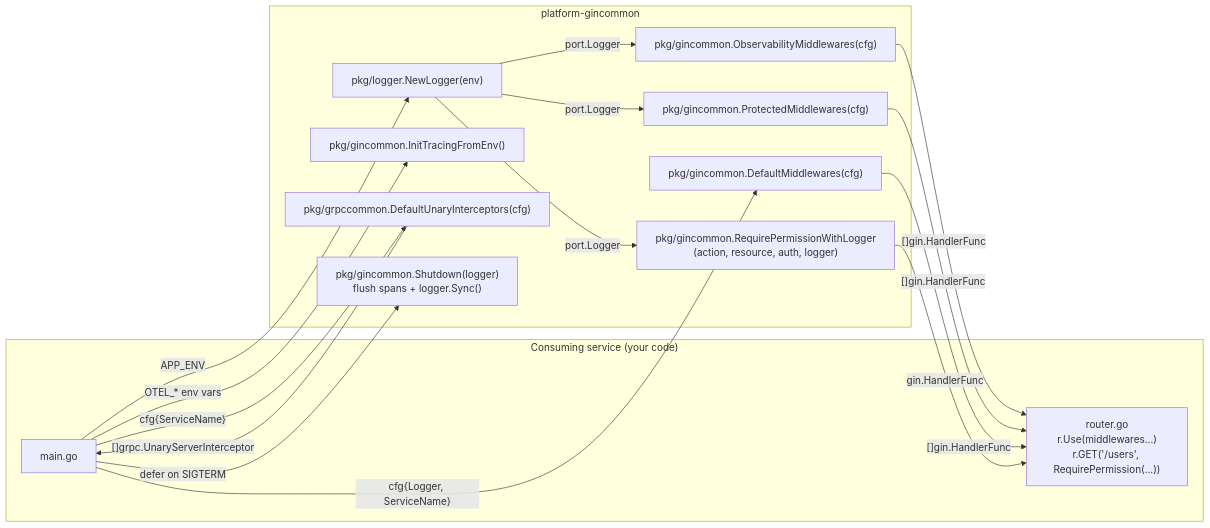
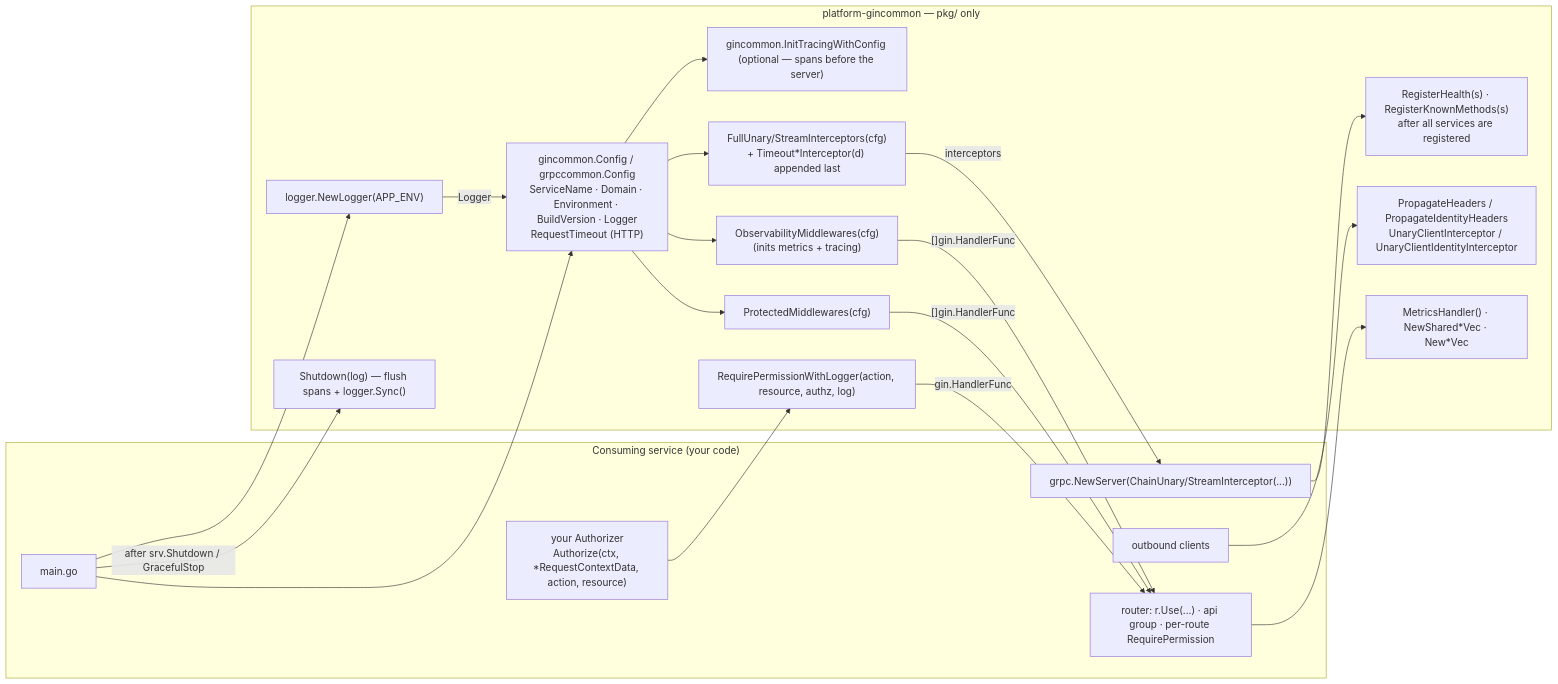
Diagram 14 of 15 in ARCHITECTURE.md (BCBP-SOLUTIONS-FZC-LLC/platform-gincommon), drawn with Mermaid before and after one commit. The commit also changed other lines of this file and 198 other files, not shown here.

First line of the commit message:
feat!: v1.4.0 — Enterprise Platform Observability Standard + production hardening (#30)

````diff
--- a/ARCHITECTURE.md
+++ b/ARCHITECTURE.md
@@ -577,32 +836,41 @@
 ```mermaid
 graph LR
-    subgraph service["Consuming service (your code)"]
+    subgraph svc["Consuming service (your code)"]
         main["main.go"]
-        routes["router.go<br/>r.Use(middlewares...)<br/>r.GET('/users', RequirePermission(...))"]
+        routes["router: r.Use(...) · api group · per-route RequirePermission"]
+        grpcsrv["grpc.NewServer(ChainUnary/StreamInterceptor(...))"]
+        authz["your Authorizer<br/>Authorize(ctx, *RequestContextData, action, resource)"]
+        out["outbound clients"]
     end
 
-    subgraph lib["platform-gincommon"]
-        logger_new["pkg/logger.NewLogger(env)"]
-        init_tr["pkg/gincommon.InitTracingFromEnv()"]
-        obs_mw["pkg/gincommon.ObservabilityMiddlewares(cfg)"]
-        prot_mw["pkg/gincommon.ProtectedMiddlewares(cfg)"]
-        def_mw["pkg/gincommon.DefaultMiddlewares(cfg)"]
-        rp["pkg/gincommon.RequirePermissionWithLogger<br/>(action, resource, auth, logger)"]
-        grpc_mw["pkg/grpccommon.DefaultUnaryInterceptors(cfg)"]
-        shutdown["pkg/gincommon.Shutdown(logger)<br/>flush spans + logger.Sync()"]
+    subgraph lib["platform-gincommon — pkg/ only"]
+        newlog["logger.NewLogger(APP_ENV)"]
+        cfg["gincommon.Config / grpccommon.Config<br/>ServiceName · Domain · Environment · BuildVersion · Logger<br/>RequestTimeout (HTTP)"]
+        early["gincommon.InitTracingWithConfig (optional — spans before the server)"]
+        obs["ObservabilityMiddlewares(cfg)<br/>(inits metrics + tracing)"]
+        prot["ProtectedMiddlewares(cfg)"]
+        rp["RequirePermissionWithLogger(action, resource, authz, log)"]
+        full["FullUnary/StreamInterceptors(cfg)<br/>+ Timeout*Interceptor(d) appended last"]
+        known["RegisterHealth(s) · RegisterKnownMethods(s)<br/>after all services are registered"]
+        prop["PropagateHeaders / PropagateIdentityHeaders<br/>UnaryClientInterceptor / UnaryClientIdentityInterceptor"]
+        mh["MetricsHandler() · NewShared*Vec · New*Vec"]
+        shut["Shutdown(log) — flush spans + logger.Sync()"]
     end
 
-    main -->|"APP_ENV"| logger_new
-    main -->|"OTEL_* env vars"| init_tr
-    logger_new -->|"port.Logger"| obs_mw
-    logger_new -->|"port.Logger"| prot_mw
-    obs_mw -->|"[]gin.HandlerFunc"| routes
-    prot_mw -->|"[]gin.HandlerFunc"| routes
-    main -->|"cfg{Logger, ServiceName}"| def_mw
-    def_mw -->|"[]gin.HandlerFunc"| routes
-    logger_new -->|"port.Logger"| rp
+    main --> newlog
+    newlog -->|"Logger"| cfg
+    main --> cfg
+    cfg --> early
+    cfg --> obs
+    cfg --> prot
+    cfg --> full
+    obs -->|"[]gin.HandlerFunc"| routes
+    prot -->|"[]gin.HandlerFunc"| routes
+    authz --> rp
     rp -->|"gin.HandlerFunc"| routes
-    main -->|"cfg{ServiceName}"| grpc_mw
-    grpc_mw -->|"[]grpc.UnaryServerInterceptor"| main
-    main -->|"defer on SIGTERM"| shutdown
+    full -->|"interceptors"| grpcsrv
+    grpcsrv --> known
+    out --> prop
+    routes --> mh
+    main -->|"after srv.Shutdown / GracefulStop"| shut
 ```
````
